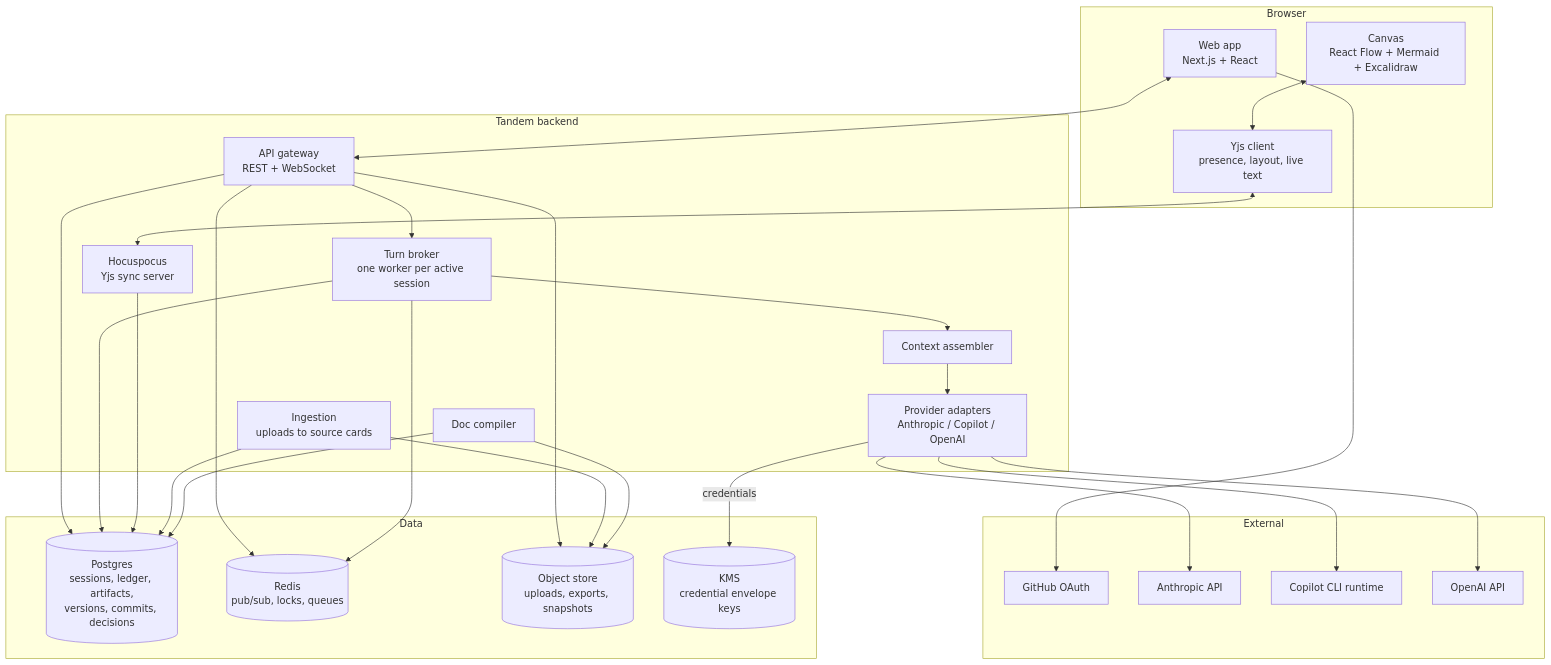
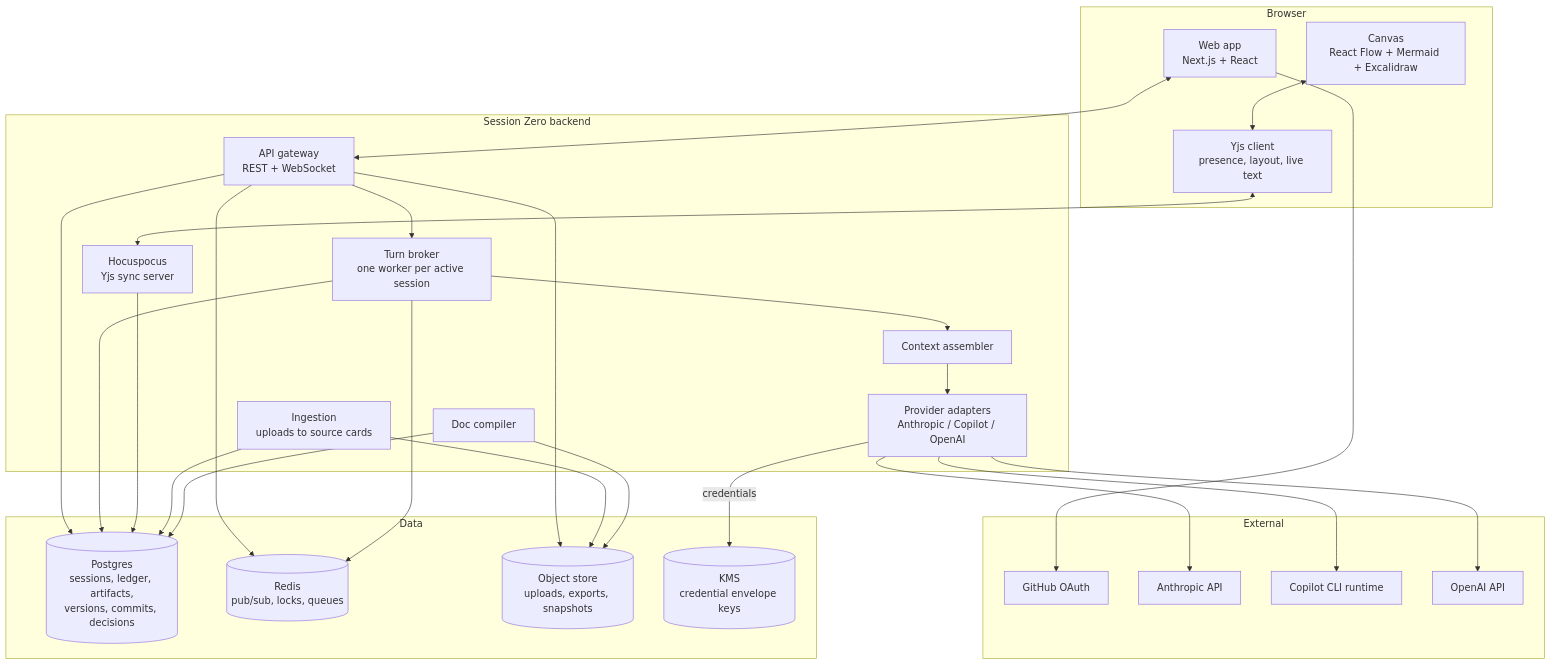
The second of 9 diagrams in docs/02-architecture.md (EpoCo742/tandem), drawn with Mermaid before and after one commit. The commit also changed other lines of this file and 46 other files, not shown here.

First line of the commit message:
Session Zero everywhere: new mark and name through the docs, guide covers every feature

````diff
--- a/docs/02-architecture.md
+++ b/docs/02-architecture.md
@@ -61,45 +61,45 @@
 ```mermaid
 flowchart TB
     subgraph Browser
         UI[Web app<br/>Next.js + React]
         CV[Canvas<br/>React Flow + Mermaid + Excalidraw]
         YC[Yjs client<br/>presence, layout, live text]
     end
 
-    subgraph Tandem backend
+    subgraph Session Zero backend
         API[API gateway<br/>REST + WebSocket]
         TB[Turn broker<br/>one worker per active session]
         CA[Context assembler]
         PA[Provider adapters<br/>Anthropic / Copilot / OpenAI]
         HP[Hocuspocus<br/>Yjs sync server]
         DC[Doc compiler]
         ING[Ingestion<br/>uploads to source cards]
     end
 
     subgraph Data
         PG[(Postgres<br/>sessions, ledger, artifacts,<br/>versions, commits, decisions)]
         RD[(Redis<br/>pub/sub, locks, queues)]
         S3[(Object store<br/>uploads, exports, snapshots)]
         KMS[(KMS<br/>credential envelope keys)]
     end
 
     subgraph External
         GH[GitHub OAuth]
         AN[Anthropic API]
         CP[Copilot CLI runtime]
         OA[OpenAI API]
     end
 
     UI <--> API
     CV <--> YC <--> HP
     API --> PG & RD & S3
     API --> TB
     TB --> CA --> PA
     PA --> AN & CP & OA
     PA -- credentials --> KMS
     TB --> PG & RD
     HP --> PG
     ING --> S3 & PG
     DC --> PG & S3
     UI --> GH
 ```
````
